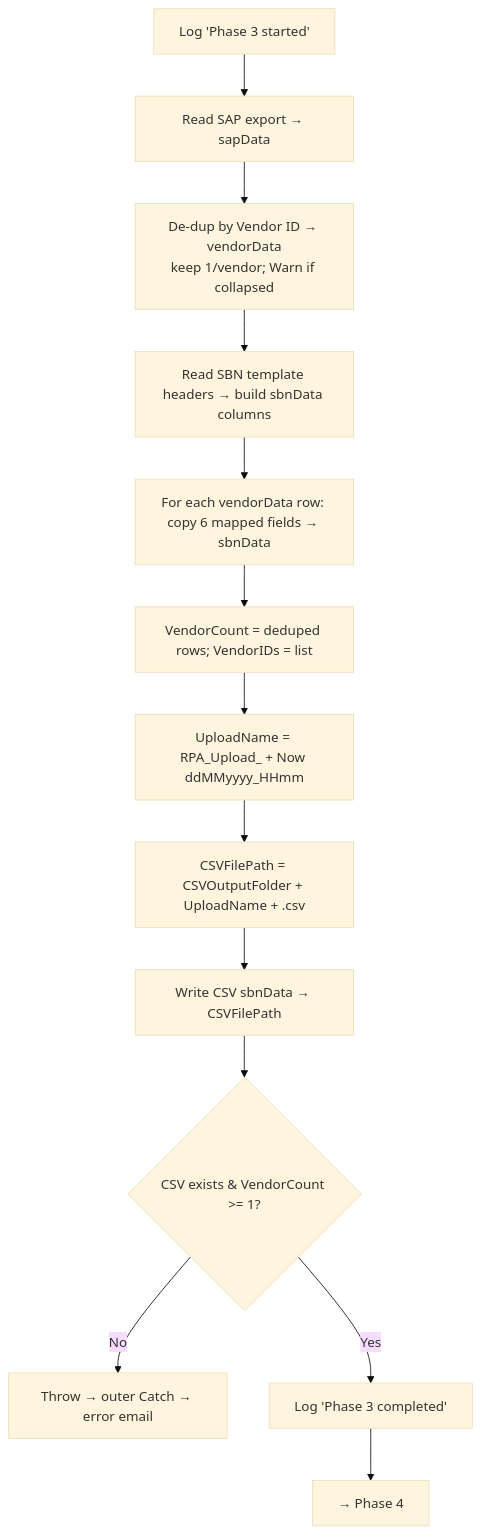
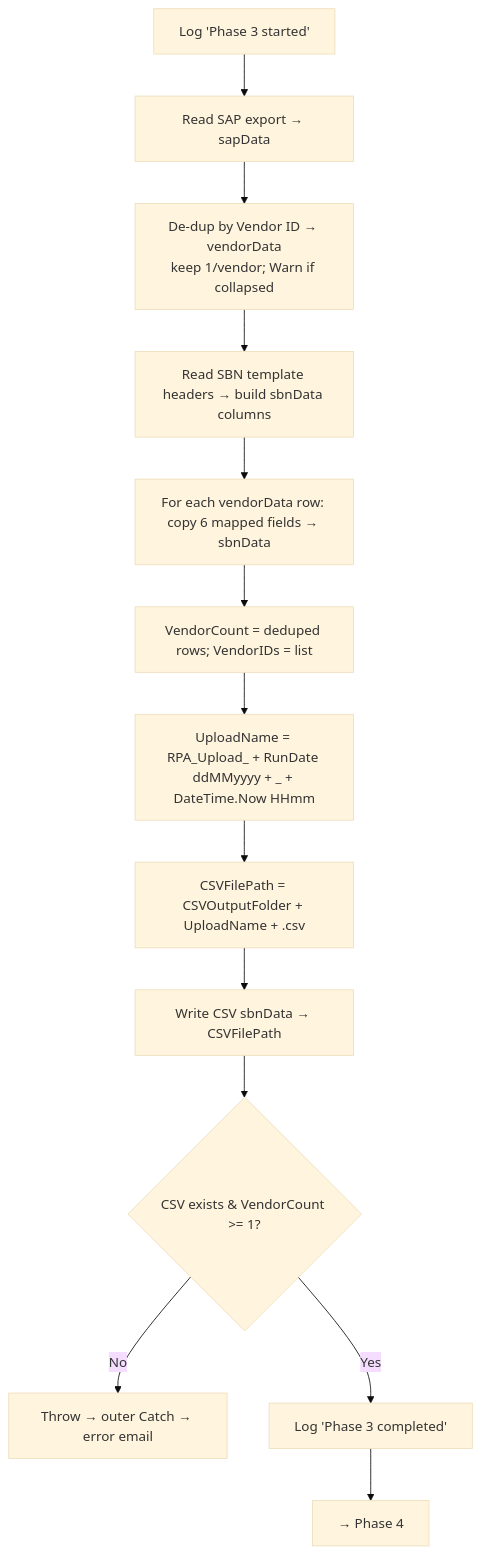
The third of 3 diagrams in vendor-sbn-upload-bot/docs/medium-level-design.md (vitep111/RPA), drawn with Mermaid (base theme) before and after one commit. The commit also changed other lines of this file and 5 other files, not shown here.

````diff
--- a/vendor-sbn-upload-bot/docs/medium-level-design.md
+++ b/vendor-sbn-upload-bot/docs/medium-level-design.md
@@ -224,14 +230,14 @@
 ```mermaid
 graph TD
     Q1[Log 'Phase 3 started'] --> Q2[Read SAP export → sapData]
     Q2 --> Q2b[De-dup by Vendor ID → vendorData<br/>keep 1/vendor; Warn if collapsed]
     Q2b --> Q3[Read SBN template headers → build sbnData columns]
     Q3 --> Q4[For each vendorData row: copy 6 mapped fields → sbnData]
     Q4 --> Q5[VendorCount = deduped rows; VendorIDs = list]
-    Q5 --> Q6[UploadName = RPA_Upload_ + Now ddMMyyyy_HHmm]
-    Q6 --> Q7[CSVFilePath = CSVOutputFolder + UploadName + .csv]
-    Q7 --> Q8[Write CSV sbnData → CSVFilePath]
+    Q5 --> Q7[UploadName = RPA_Upload_ + RunDate ddMMyyyy + _ + DateTime.Now HHmm]
+    Q7 --> Q7b[CSVFilePath = CSVOutputFolder + UploadName + .csv]
+    Q7b --> Q8[Write CSV sbnData → CSVFilePath]
     Q8 --> Q9{CSV exists & VendorCount >= 1?}
     Q9 -->|No| THROW3[Throw → outer Catch → error email]
     Q9 -->|Yes| Q10[Log 'Phase 3 completed'] --> NEXT3[→ Phase 4]
 ```
````
